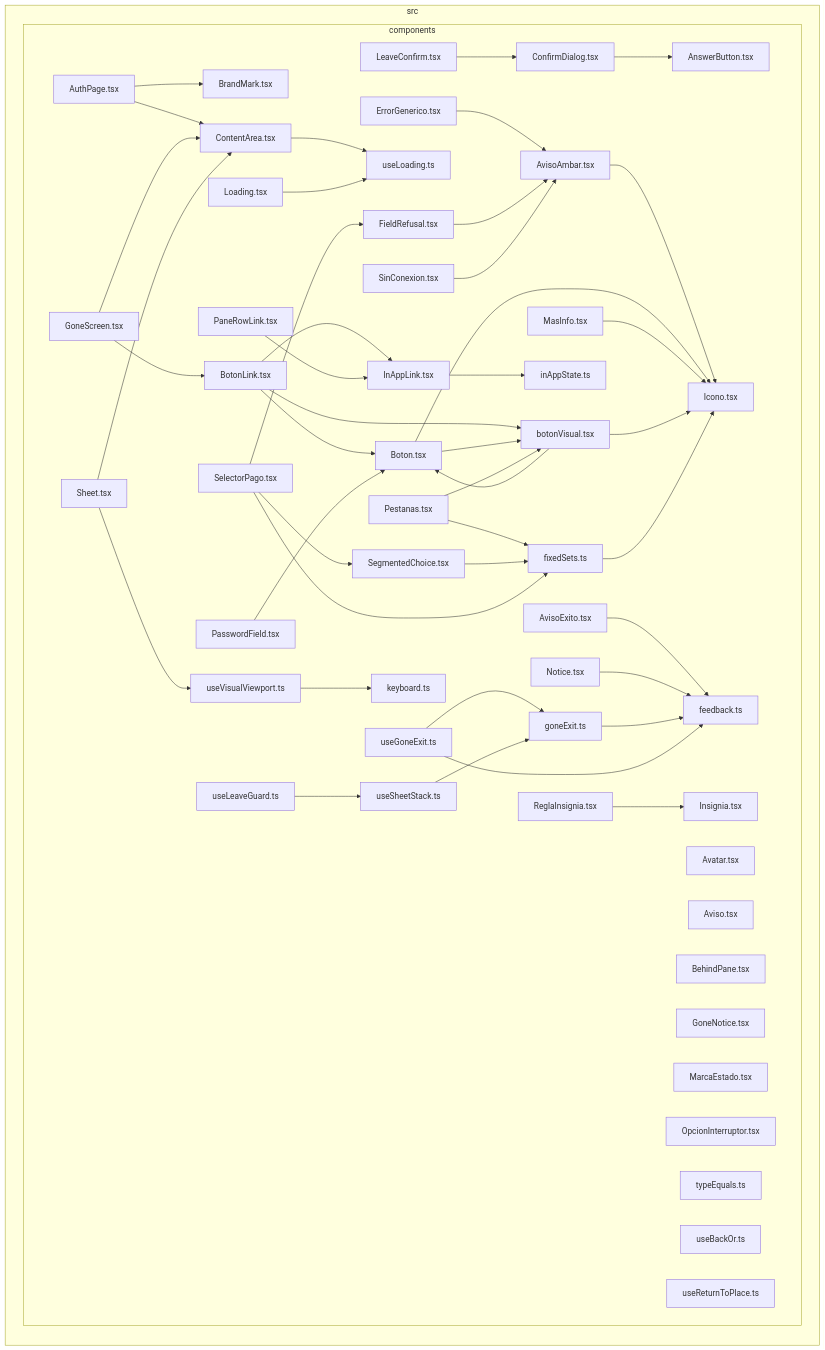
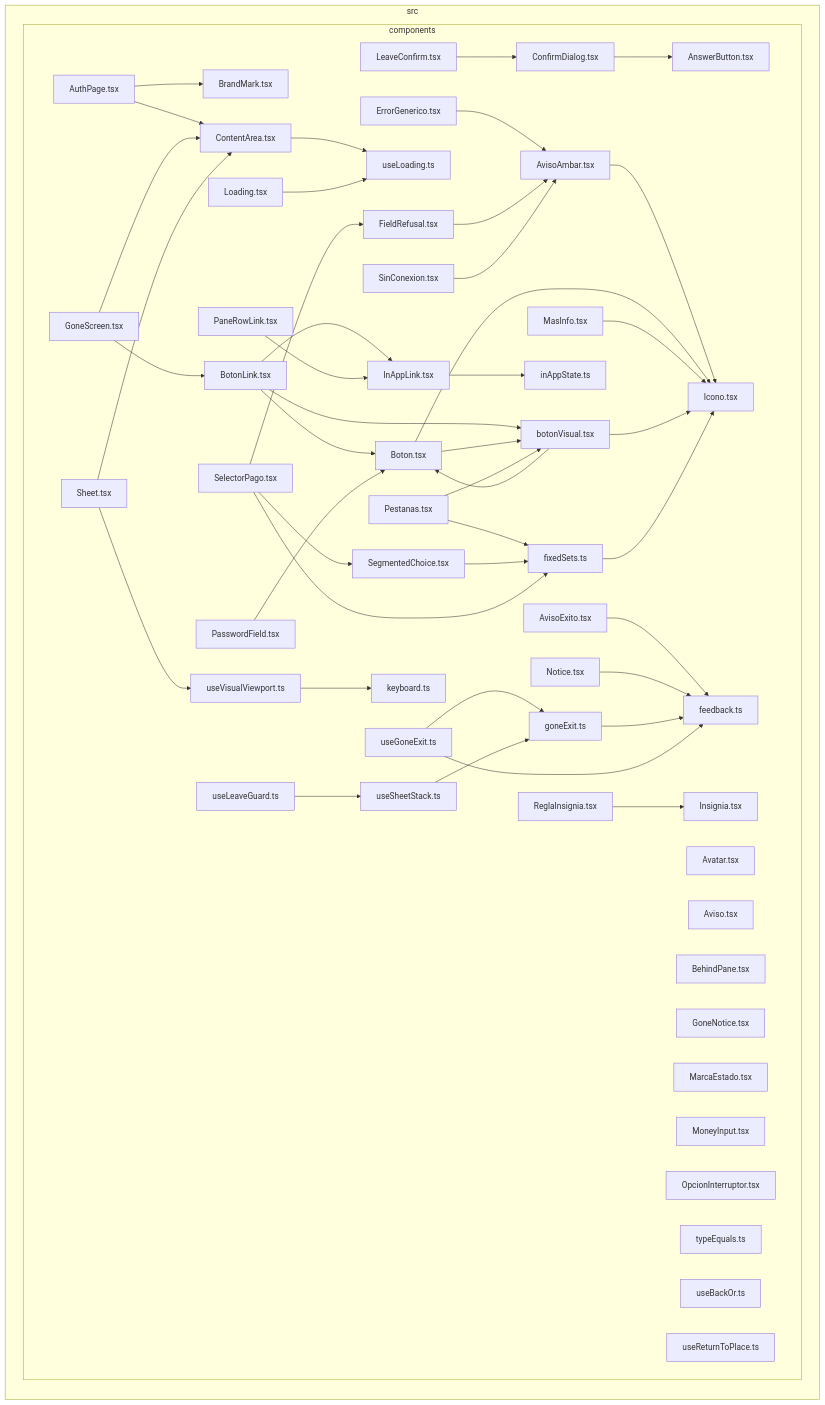
The diagram in docs/architecture/generated/front-modules/components.md (GonzaloZevallos/apostrophe), drawn with Mermaid before and after one commit. The commit also changed 1 other file, not shown here.

Commit message:
Regenerate the front module docs for MoneyInput and the money parser

```diff
--- a/docs/architecture/generated/front-modules/components.md
+++ b/docs/architecture/generated/front-modules/components.md
@@ -31,6 +31,7 @@
     src_components_Loading_tsx["Loading.tsx"]
     src_components_MarcaEstado_tsx["MarcaEstado.tsx"]
     src_components_MasInfo_tsx["MasInfo.tsx"]
+    src_components_MoneyInput_tsx["MoneyInput.tsx"]
     src_components_Notice_tsx["Notice.tsx"]
     src_components_OpcionInterruptor_tsx["OpcionInterruptor.tsx"]
     src_components_PaneRowLink_tsx["PaneRowLink.tsx"]
```
